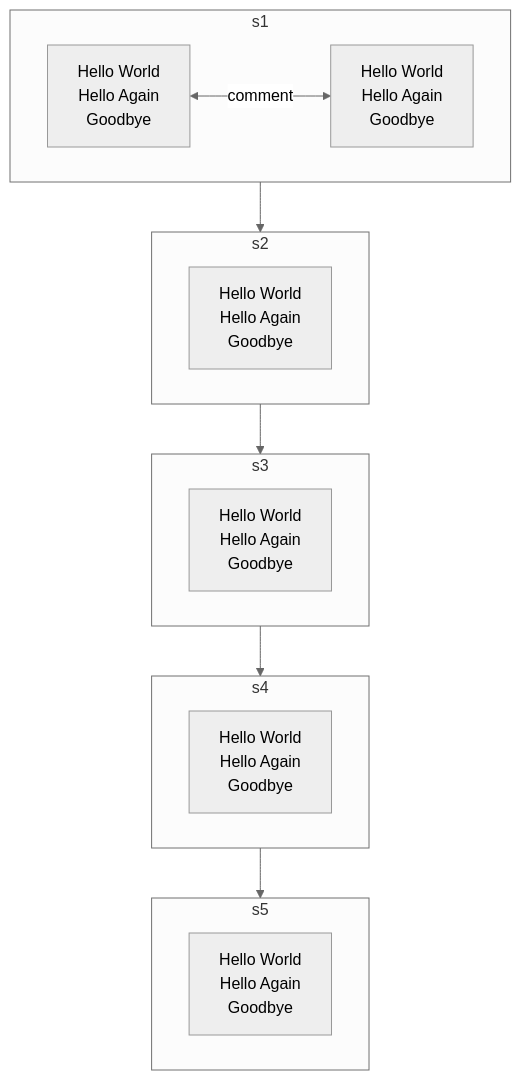
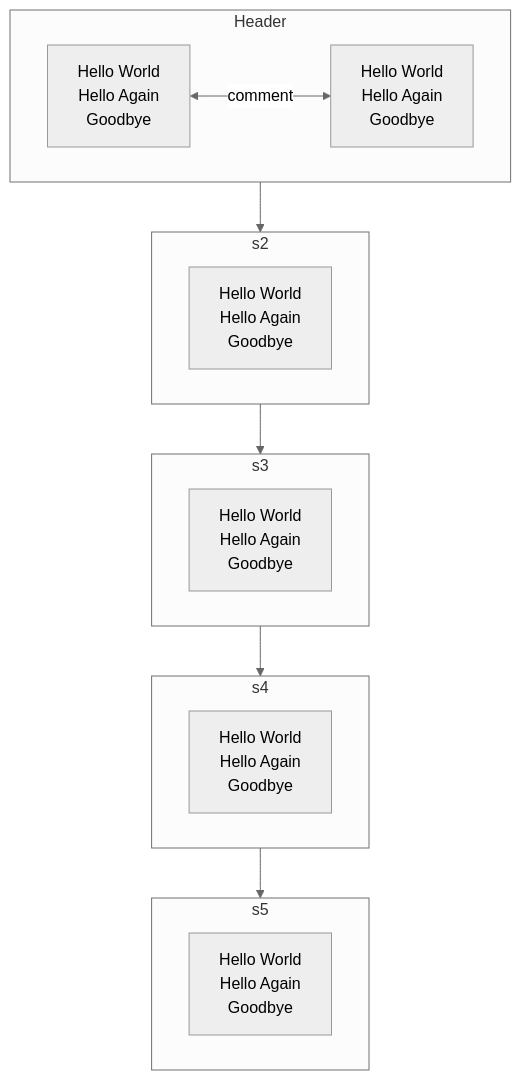
One commit to Alex-Rafter/wiki changed the diagram in daily/2023-05-13.md. Above: the diagram before and after it, drawn with Mermaid (neutral theme).

````diff
--- a/daily/2023-05-13.md
+++ b/daily/2023-05-13.md
@@ -5,61 +5,61 @@
 ```mermaid
 
 flowchart TD
 s1 --> s2
 s2 --> s3
 s3 --> s4
 s4 --> s5
 
-subgraph s1
+subgraph s1["Header"]
 
 direction LR
 
 s1Problems["
     Hello World
     Hello Again
     Goodbye
     "]
 
 s1DesProblems["
     Hello World
     Hello Again
     Goodbye
 "]
 
 s1Problems <-- comment--> s1DesProblems
 
 end
 
 subgraph s2
 s2Problems["
     Hello World
     Hello Again
     Goodbye
     "]
 end
 
 subgraph s3
 s3Problems["
     Hello World
     Hello Again
     Goodbye
     "]
 end
 
 subgraph s4
 s4Problems["
     Hello World
     Hello Again
     Goodbye
     "]
 end
 
 subgraph s5
 s5Problems["
     Hello World
     Hello Again
     Goodbye
     "]
 end
 
 ```
````
